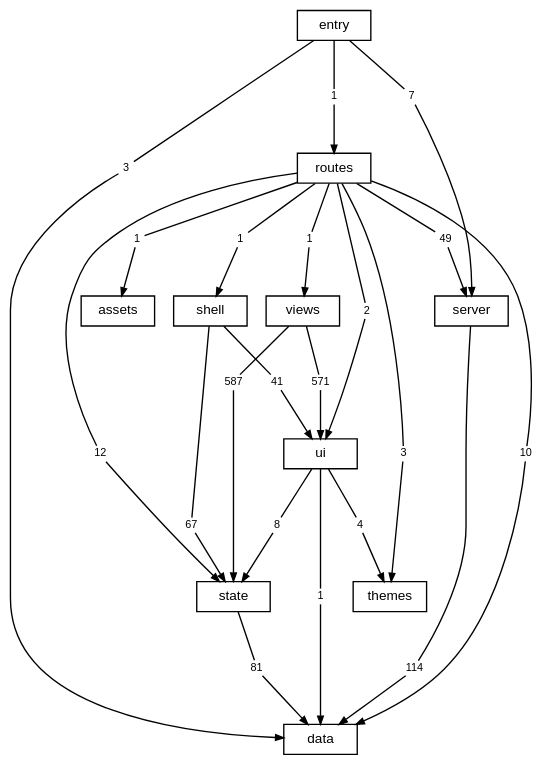
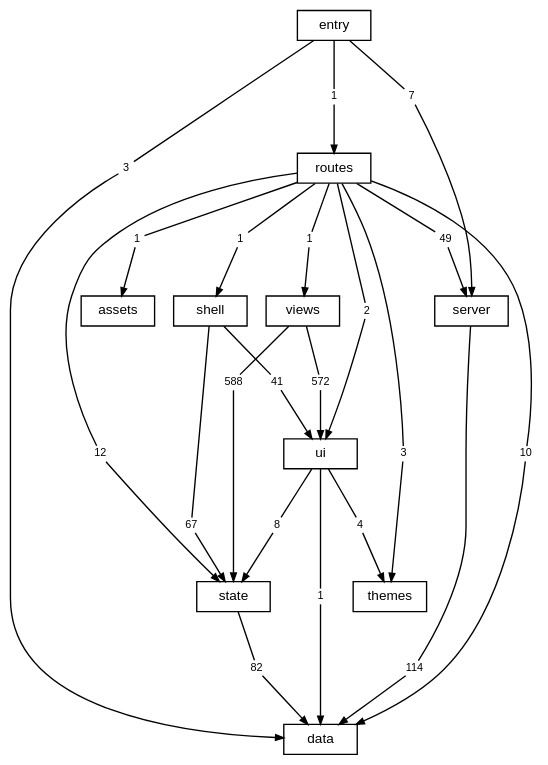
The diagram in docs/diagrams/layers.dot (TheAxeC/oculus), drawn with Graphviz before and after one commit. The commit also changed 47 other files, not shown here.

```diff
--- a/docs/diagrams/layers.dot
+++ b/docs/diagrams/layers.dot
@@ -1,75 +1,75 @@
 digraph layers {
     graph [bgcolor="transparent", rankdir=TB, newrank=true, fontname="Helvetica,Arial,sans-serif", fontsize=12, nodesep=0.2, ranksep=0.5];
     node [shape=box, color="black", fontcolor="black", fontname="Helvetica,Arial,sans-serif", fontsize=10, height=0.3, margin="0.12,0.04"];
     edge [color="black", fontcolor="black", fontname="Helvetica,Arial,sans-serif", fontsize=8, arrowsize=0.6];
     "data";
     "server";
     "state";
     "ui";
     "shell";
     "views";
     "themes";
     "routes";
     "src" [label="entry"];
     "files: assets" [label="assets"];
     "routes to data" [label="10", shape=box, color="transparent", fontsize=8, width=0, height=0, margin="0.04,0.02"];
     "routes" -> "routes to data" [arrowhead=none];
     "routes to data" -> "data" [];
     "routes to files: assets" [label="1", shape=box, color="transparent", fontsize=8, width=0, height=0, margin="0.04,0.02"];
     "routes" -> "routes to files: assets" [arrowhead=none];
     "routes to files: assets" -> "files: assets" [];
     "routes to server" [label="49", shape=box, color="transparent", fontsize=8, width=0, height=0, margin="0.04,0.02"];
     "routes" -> "routes to server" [arrowhead=none];
     "routes to server" -> "server" [];
     "routes to shell" [label="1", shape=box, color="transparent", fontsize=8, width=0, height=0, margin="0.04,0.02"];
     "routes" -> "routes to shell" [arrowhead=none];
     "routes to shell" -> "shell" [];
     "routes to state" [label="12", shape=box, color="transparent", fontsize=8, width=0, height=0, margin="0.04,0.02"];
     "routes" -> "routes to state" [arrowhead=none];
     "routes to state" -> "state" [];
     "routes to themes" [label="3", shape=box, color="transparent", fontsize=8, width=0, height=0, margin="0.04,0.02"];
     "routes" -> "routes to themes" [arrowhead=none];
     "routes to themes" -> "themes" [];
     "routes to ui" [label="2", shape=box, color="transparent", fontsize=8, width=0, height=0, margin="0.04,0.02"];
     "routes" -> "routes to ui" [arrowhead=none];
     "routes to ui" -> "ui" [];
     "routes to views" [label="1", shape=box, color="transparent", fontsize=8, width=0, height=0, margin="0.04,0.02"];
     "routes" -> "routes to views" [arrowhead=none];
     "routes to views" -> "views" [];
     "server to data" [label="114", shape=box, color="transparent", fontsize=8, width=0, height=0, margin="0.04,0.02"];
     "server" -> "server to data" [arrowhead=none];
     "server to data" -> "data" [];
     "shell to state" [label="67", shape=box, color="transparent", fontsize=8, width=0, height=0, margin="0.04,0.02"];
     "shell" -> "shell to state" [arrowhead=none];
     "shell to state" -> "state" [];
     "shell to ui" [label="41", shape=box, color="transparent", fontsize=8, width=0, height=0, margin="0.04,0.02"];
     "shell" -> "shell to ui" [arrowhead=none];
     "shell to ui" -> "ui" [];
     "src to data" [label="3", shape=box, color="transparent", fontsize=8, width=0, height=0, margin="0.04,0.02"];
     "src" -> "src to data" [arrowhead=none];
     "src to data" -> "data" [];
     "src to routes" [label="1", shape=box, color="transparent", fontsize=8, width=0, height=0, margin="0.04,0.02"];
     "src" -> "src to routes" [arrowhead=none];
     "src to routes" -> "routes" [];
     "src to server" [label="7", shape=box, color="transparent", fontsize=8, width=0, height=0, margin="0.04,0.02"];
     "src" -> "src to server" [arrowhead=none];
     "src to server" -> "server" [];
-    "state to data" [label="81", shape=box, color="transparent", fontsize=8, width=0, height=0, margin="0.04,0.02"];
+    "state to data" [label="82", shape=box, color="transparent", fontsize=8, width=0, height=0, margin="0.04,0.02"];
     "state" -> "state to data" [arrowhead=none];
     "state to data" -> "data" [];
     "ui to data" [label="1", shape=box, color="transparent", fontsize=8, width=0, height=0, margin="0.04,0.02"];
     "ui" -> "ui to data" [arrowhead=none];
     "ui to data" -> "data" [];
     "ui to state" [label="8", shape=box, color="transparent", fontsize=8, width=0, height=0, margin="0.04,0.02"];
     "ui" -> "ui to state" [arrowhead=none];
     "ui to state" -> "state" [];
     "ui to themes" [label="4", shape=box, color="transparent", fontsize=8, width=0, height=0, margin="0.04,0.02"];
     "ui" -> "ui to themes" [arrowhead=none];
     "ui to themes" -> "themes" [];
-    "views to state" [label="587", shape=box, color="transparent", fontsize=8, width=0, height=0, margin="0.04,0.02"];
+    "views to state" [label="588", shape=box, color="transparent", fontsize=8, width=0, height=0, margin="0.04,0.02"];
     "views" -> "views to state" [arrowhead=none];
     "views to state" -> "state" [];
-    "views to ui" [label="571", shape=box, color="transparent", fontsize=8, width=0, height=0, margin="0.04,0.02"];
+    "views to ui" [label="572", shape=box, color="transparent", fontsize=8, width=0, height=0, margin="0.04,0.02"];
     "views" -> "views to ui" [arrowhead=none];
     "views to ui" -> "ui" [];
 }
```
